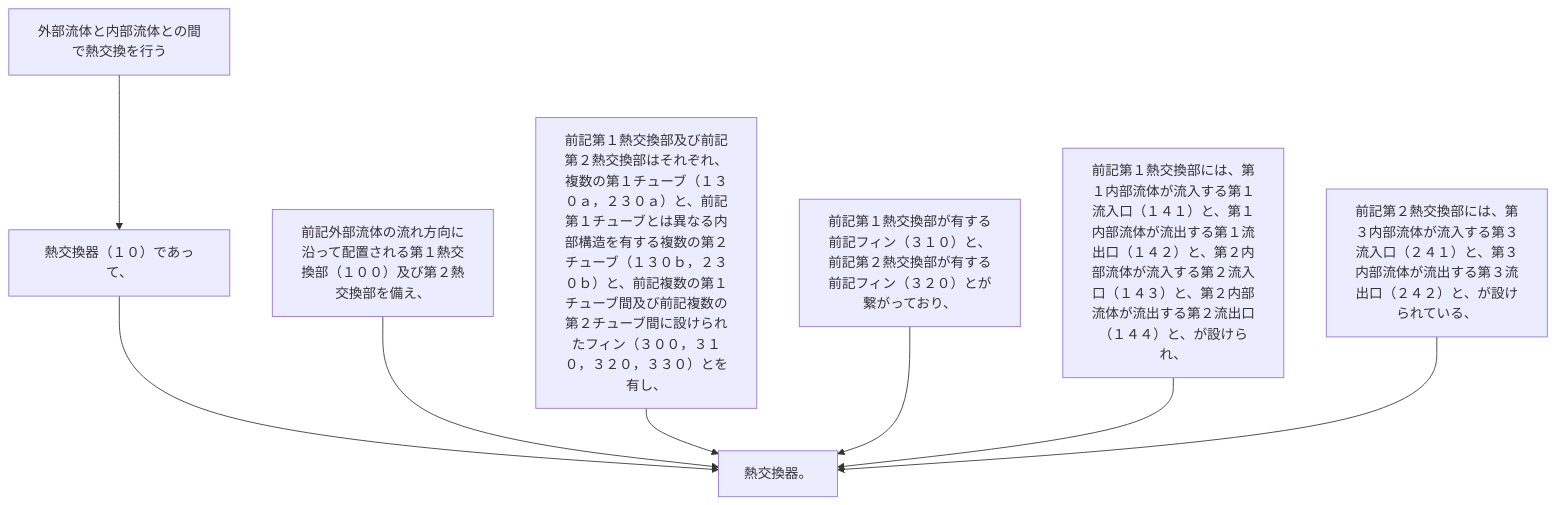
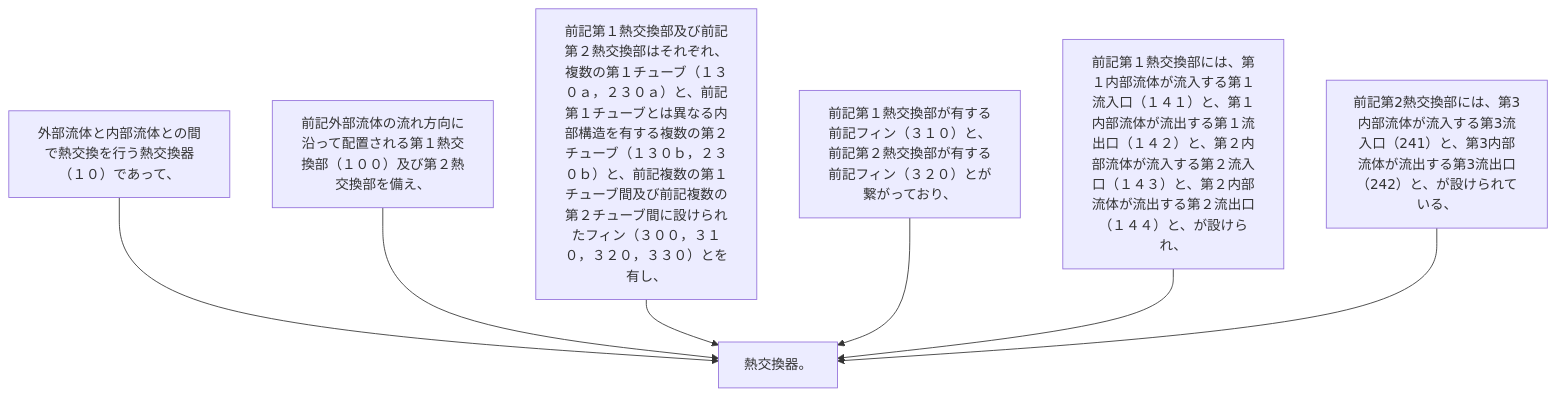
The diagram in 2024/JP2024007944A/claim_2/README.md (shinmori55/patent_analyzed), drawn with Mermaid before and after one commit. The commit also changed 11 other files, not shown here.

````diff
--- a/2024/JP2024007944A/claim_2/README.md
+++ b/2024/JP2024007944A/claim_2/README.md
@@ -7,18 +7,16 @@
 ```mermaid
 flowchart TD
-A[外部流体と内部流体との間で熱交換を行う]
-B[熱交換器（１０）であって、]
-C[前記外部流体の流れ方向に沿って配置される第１熱交換部（１００）及び第２熱交換部を備え、]
-D[前記第１熱交換部及び前記第２熱交換部はそれぞれ、複数の第１チューブ（１３０ａ，２３０ａ）と、前記第１チューブとは異なる内部構造を有する複数の第２チューブ（１３０ｂ，２３０ｂ）と、前記複数の第１チューブ間及び前記複数の第２チューブ間に設けられたフィン（３００，３１０，３２０，３３０）とを有し、]
-E[前記第１熱交換部が有する前記フィン（３１０）と、前記第２熱交換部が有する前記フィン（３２０）とが繋がっており、]
-F[前記第１熱交換部には、第１内部流体が流入する第１流入口（１４１）と、第１内部流体が流出する第１流出口（１４２）と、第２内部流体が流入する第２流入口（１４３）と、第２内部流体が流出する第２流出口（１４４）と、が設けられ、]
-G[前記第２熱交換部には、第３内部流体が流入する第３流入口（２４１）と、第３内部流体が流出する第３流出口（２４２）と、が設けられている、]
-H[熱交換器。]
-A --> B
-B --> H
-C --> H
-D --> H
-E --> H
-F --> H
-G --> H
+A[外部流体と内部流体との間で熱交換を行う熱交換器（１０）であって、]
+B[前記外部流体の流れ方向に沿って配置される第１熱交換部（１００）及び第２熱交換部を備え、]
+C[前記第１熱交換部及び前記第２熱交換部はそれぞれ、複数の第１チューブ（１３０ａ，２３０ａ）と、前記第１チューブとは異なる内部構造を有する複数の第２チューブ（１３０ｂ，２３０ｂ）と、前記複数の第１チューブ間及び前記複数の第２チューブ間に設けられたフィン（３００，３１０，３２０，３３０）とを有し、]
+D[前記第１熱交換部が有する前記フィン（３１０）と、前記第２熱交換部が有する前記フィン（３２０）とが繋がっており、]
+E[前記第１熱交換部には、第１内部流体が流入する第１流入口（１４１）と、第１内部流体が流出する第１流出口（１４２）と、第２内部流体が流入する第２流入口（１４３）と、第２内部流体が流出する第２流出口（１４４）と、が設けられ、]
+F[前記第2熱交換部には、第3内部流体が流入する第3流入口（241）と、第3内部流体が流出する第3流出口（242）と、が設けられている、]
+G[熱交換器。]
+A --> G
+B --> G
+C --> G
+D --> G
+E --> G
+F --> G
 ```
````
